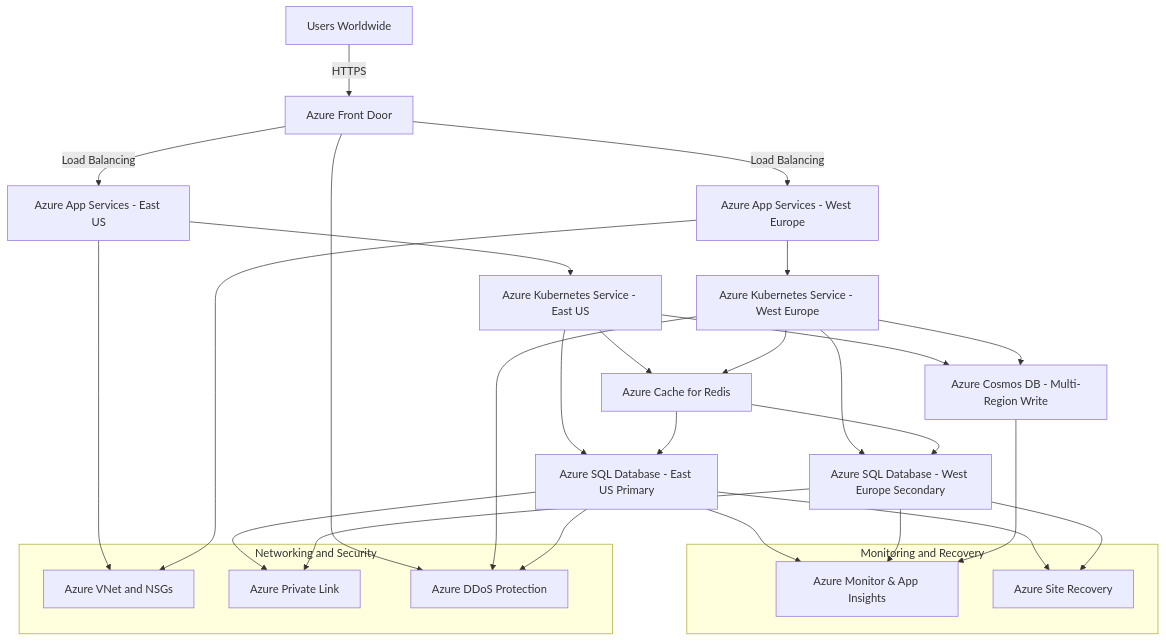
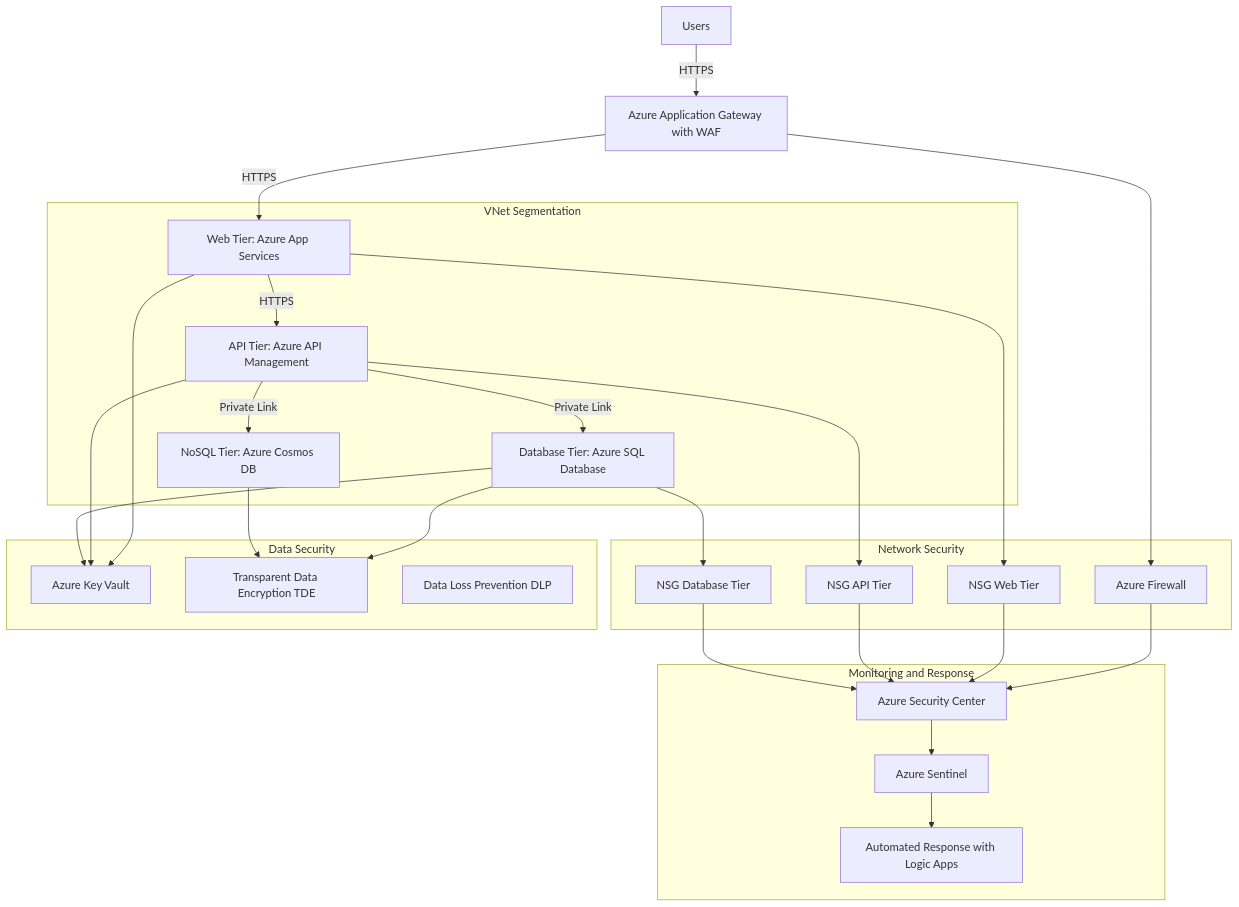
Before and after one commit to oigbokwe73/Azure-Cloud-Architect-Knowledge-Base: the first of 2 diagrams in README.md, drawn with Mermaid.

````diff
--- a/README.md
+++ b/README.md
@@ -141,37 +141,52 @@
 ```mermaid
 graph TD;
-  A[Users Worldwide] --> |HTTPS| B[Azure Front Door]
-  B --> |Load Balancing| C[Azure App Services - East US]
-  B --> |Load Balancing| D[Azure App Services - West Europe]
-  C --> E[Azure Kubernetes Service - East US]
-  D --> F[Azure Kubernetes Service - West Europe]
-  E --> G[Azure SQL Database - East US Primary]
-  F --> H[Azure SQL Database - West Europe Secondary]
-  E --> I[Azure Cosmos DB - Multi-Region Write]
-  F --> I
-  E --> J[Azure Cache for Redis]
-  F --> J
-  J --> G
-  J --> H
-  subgraph Networking and Security
-    K[Azure VNet and NSGs]
-    L[Azure Private Link]
-    M[Azure DDoS Protection]
+  A[Users] -->|HTTPS| B[Azure Application Gateway with WAF]
+  B --> |HTTPS| C[Web Tier: Azure App Services]
+  C --> |HTTPS| D[API Tier: Azure API Management]
+  D --> |Private Link| E[Database Tier: Azure SQL Database]
+  D --> |Private Link| F[NoSQL Tier: Azure Cosmos DB]
+  
+  subgraph VNet Segmentation
+    C
+    D
+    E
+    F
   end
+  
+  subgraph Network Security
+    G[Azure Firewall]
+    H[NSG Web Tier]
+    I[NSG API Tier]
+    J[NSG Database Tier]
+  end
+  
+  B --> G
+  C --> H
+  D --> I
+  E --> J
+  
+  subgraph Data Security
+    K[Azure Key Vault]
+    L[Transparent Data Encryption TDE]
+    M[Data Loss Prevention DLP]
+  end
+  
+  E --> L
+  F --> L
   C --> K
   D --> K
-  G --> L
-  H --> L
-  B --> M
-  F --> M
-  G --> M
-  subgraph Monitoring and Recovery
-    N[Azure Monitor & App Insights]
-    O[Azure Site Recovery]
+  E --> K
+  
+  subgraph Monitoring and Response
+    N[Azure Security Center]
+    O[Azure Sentinel]
+    P[Automated Response with Logic Apps]
   end
+  
   G --> N
   H --> N
   I --> N
-  G --> O
-  H --> O
+  J --> N
+  N --> O
+  O --> P
 ```
````
